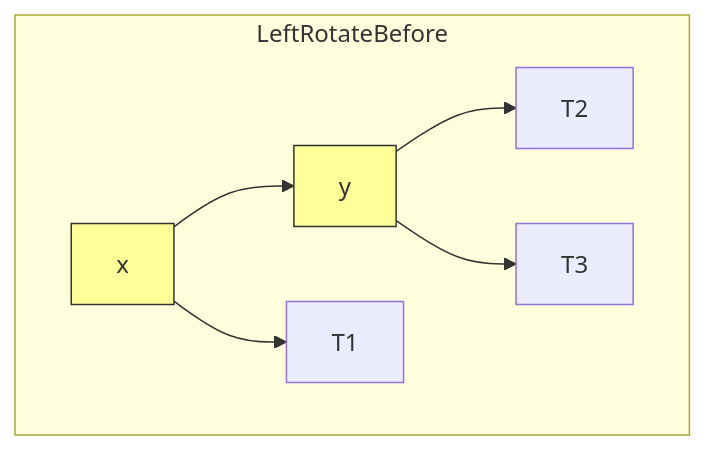
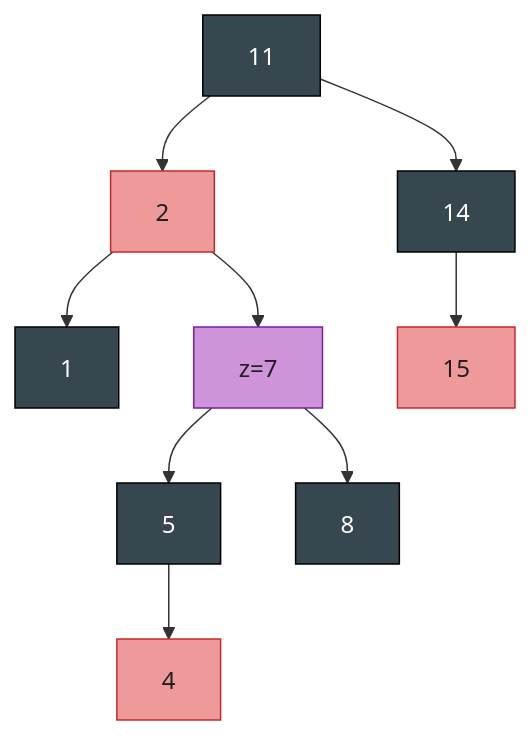
One commit to socoo123/book_reading changed the fourth of 13 diagrams in IntroductionToAlgorithms/Chapter13_红黑树_深度版.md. Above: the diagram before and after it, drawn with Mermaid. The commit also changed other lines of this file and 30 other files, not shown here.

````diff
--- a/IntroductionToAlgorithms/Chapter13_红黑树_深度版.md
+++ b/IntroductionToAlgorithms/Chapter13_红黑树_深度版.md
@@ -211,12 +200,17 @@
 ```mermaid
-flowchart TD
-    subgraph LeftRotateBefore
-    x["x"] --> y["y"]
-    x --> T1["T1"]
-    y --> T2["T2"]
-    y --> T3["T3"]
-    end
-
-    style x fill:#ffff99,stroke:#333
-    style y fill:#ffff99,stroke:#333
+graph TD
+    n11["11"] --> n2["2"]
+    n11 --> n14["14"]
+    n2 --> n1["1"]
+    n2 --> n7["z=7"]
+    n14 --> n15["15"]
+    n7 --> n5["5"]
+    n7 --> n8["8"]
+    n5 --> n4["4"]
+    classDef rbB fill:#37474F,stroke:#000,color:#fff
+    classDef rbR fill:#EF9A9A,stroke:#C62828,color:#1f1f1f
+    classDef zz fill:#CE93D8,stroke:#7B1FA2,color:#1f1f1f
+    class n11,n14,n1,n5,n8 rbB
+    class n2,n15,n4 rbR
+    class n7 zz
 ```
````
